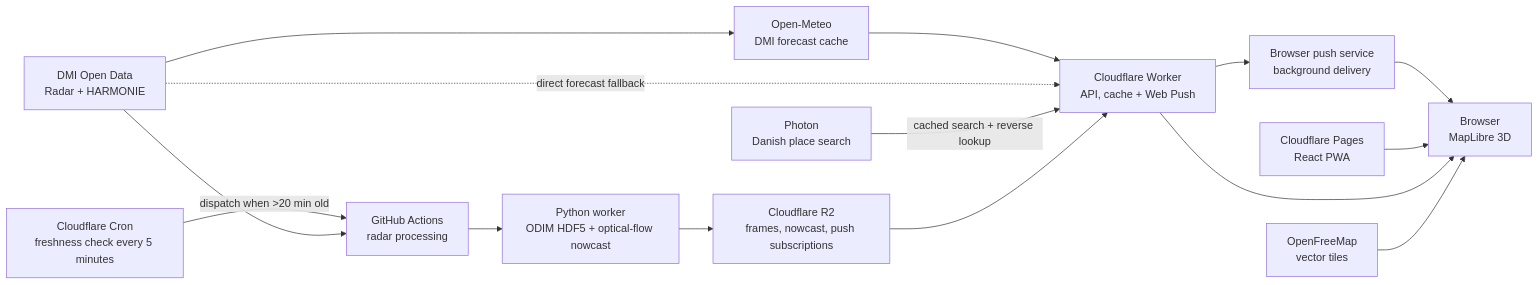
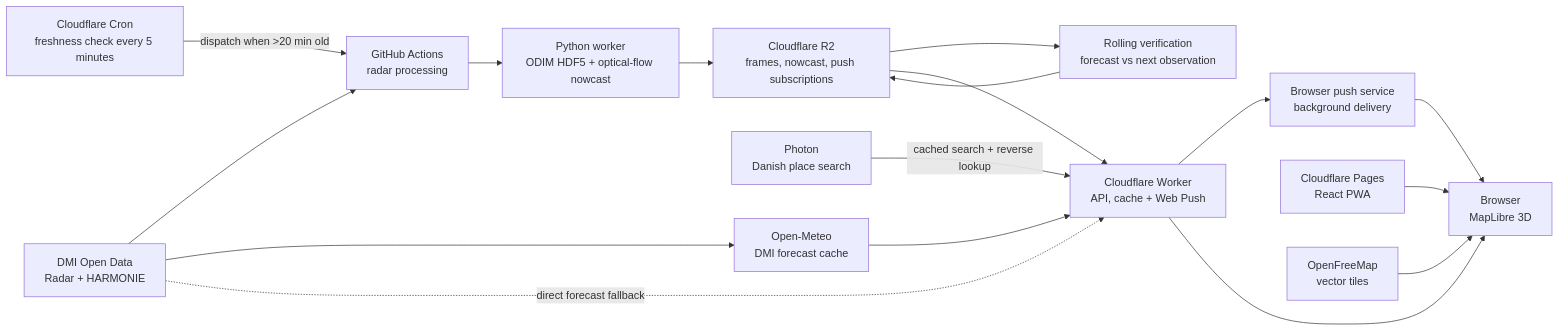
One commit to browndahl/wetMap changed the diagram in README.md. Above: the diagram before and after it, drawn with Mermaid. The commit also changed other lines of this file and 20 other files, not shown here.

````diff
--- a/README.md
+++ b/README.md
@@ -21,26 +21,28 @@
 ```mermaid
 flowchart LR
   DMI["DMI Open Data\nRadar + HARMONIE"]
   OM["Open-Meteo\nDMI forecast cache"]
   Photon["Photon\nDanish place search"]
   Scheduler["Cloudflare Cron\nfreshness check every 5 minutes"]
   GH["GitHub Actions\nradar processing"]
   PW["Python worker\nODIM HDF5 + optical-flow nowcast"]
   R2["Cloudflare R2\nframes, nowcast, push subscriptions"]
+  Verify["Rolling verification\nforecast vs next observation"]
   Edge["Cloudflare Worker\nAPI, cache + Web Push"]
   Push["Browser push service\nbackground delivery"]
   Pages["Cloudflare Pages\nReact PWA"]
   Map["OpenFreeMap\nvector tiles"]
   User["Browser\nMapLibre 3D"]
 
   Scheduler -->|dispatch when >20 min old| GH
   DMI --> GH --> PW --> R2
+  R2 --> Verify --> R2
   DMI --> OM --> Edge
   DMI -. direct forecast fallback .-> Edge
   Photon -->|cached search + reverse lookup| Edge
   R2 --> Edge
   Edge --> Push --> User
   Pages --> User
   Edge --> User
   Map --> User
 ```
````
